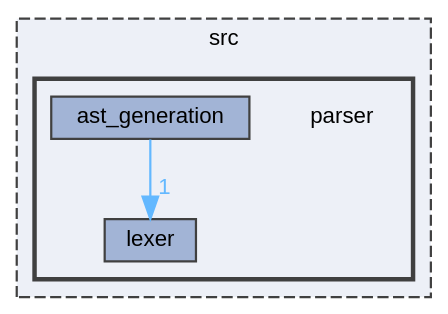
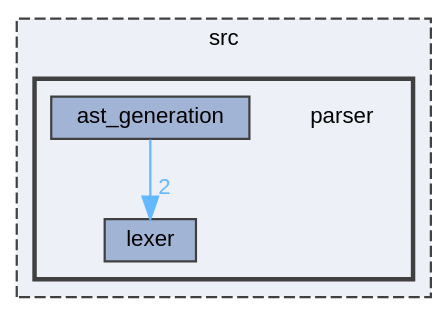
The diagram in pebbl/docs/dir_6cd8491d143eb218b70983dbdb3c58bc_dep.dot (kejunp/kejunp.github.io), drawn with Graphviz before and after one commit. The commit also changed 121 other files, not shown here.

```diff
--- a/pebbl/docs/dir_6cd8491d143eb218b70983dbdb3c58bc_dep.dot
+++ b/pebbl/docs/dir_6cd8491d143eb218b70983dbdb3c58bc_dep.dot
@@ -1,18 +1,18 @@
 digraph "src/parser"
 {
  // LATEX_PDF_SIZE
   bgcolor="transparent";
   edge [fontname=Helvetica,fontsize=10,labelfontname=Helvetica,labelfontsize=10];
   node [fontname=Helvetica,fontsize=10,shape=box,height=0.2,width=0.4];
   compound=true
   subgraph clusterdir_68267d1309a1af8e8297ef4c3efbcdba {
     graph [ bgcolor="#edf0f7", pencolor="grey25", label="src", fontname=Helvetica,fontsize=10 style="filled,dashed", URL="dir_68267d1309a1af8e8297ef4c3efbcdba.html",tooltip=""]
   subgraph clusterdir_6cd8491d143eb218b70983dbdb3c58bc {
     graph [ bgcolor="#edf0f7", pencolor="grey25", label="", fontname=Helvetica,fontsize=10 style="filled,bold", URL="dir_6cd8491d143eb218b70983dbdb3c58bc.html",tooltip=""]
     dir_6cd8491d143eb218b70983dbdb3c58bc [shape=plaintext, label="parser"];
   dir_9722df9a997872902d743a3c4c2bf3cb [label="ast_generation", fillcolor="#a2b4d6", color="grey25", style="filled", URL="dir_9722df9a997872902d743a3c4c2bf3cb.html",tooltip=""];
   dir_7a43006265ec3b3dc577f500dd09a803 [label="lexer", fillcolor="#a2b4d6", color="grey25", style="filled", URL="dir_7a43006265ec3b3dc577f500dd09a803.html",tooltip=""];
   }
   }
-  dir_9722df9a997872902d743a3c4c2bf3cb->dir_7a43006265ec3b3dc577f500dd09a803 [headlabel="1", labeldistance=1.5 headhref="dir_000000_000001.html" href="dir_000000_000001.html" color="steelblue1" fontcolor="steelblue1"];
+  dir_9722df9a997872902d743a3c4c2bf3cb->dir_7a43006265ec3b3dc577f500dd09a803 [headlabel="2", labeldistance=1.5 headhref="dir_000000_000001.html" href="dir_000000_000001.html" color="steelblue1" fontcolor="steelblue1"];
 }
```
